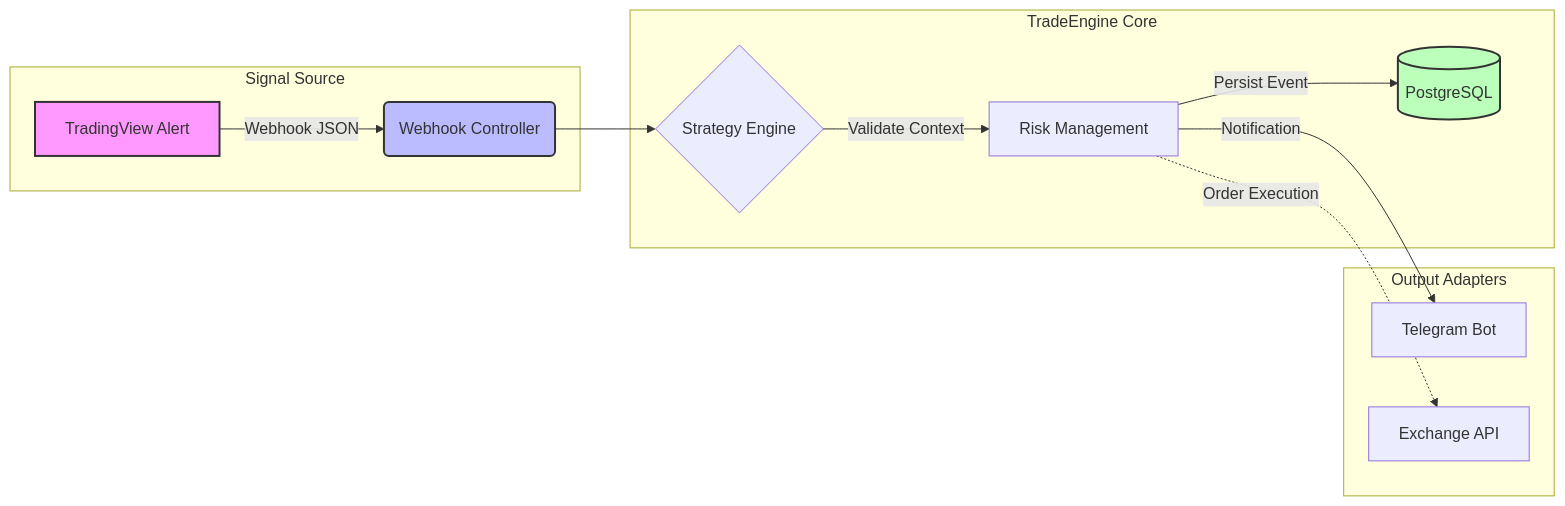
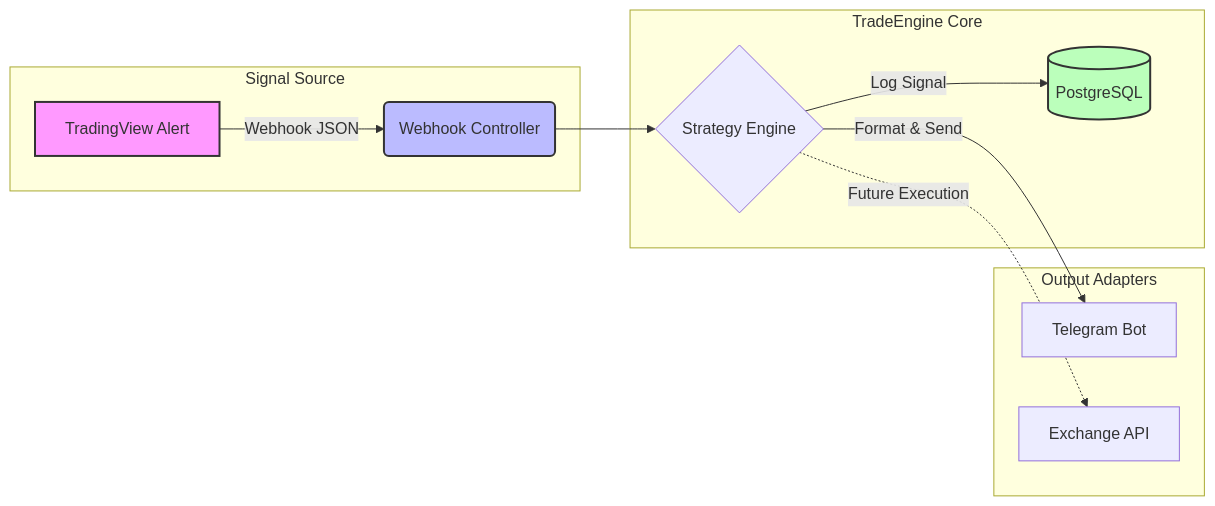
The diagram in README.md (Lemanic/TradeEngine), drawn with Mermaid before and after one commit.

Commit message:
update readme file

````diff
--- a/README.md
+++ b/README.md
@@ -18,21 +18,21 @@
 ```mermaid
 graph LR
     subgraph Signal Source
     A[TradingView Alert] -->|Webhook JSON| B(Webhook Controller)
     end
     
     subgraph TradeEngine Core
     B --> C{Strategy Engine}
-    C -->|Validate Context| D[Risk Management]
-    D -->|Persist Event| E[(PostgreSQL)]
+    C -->|Log Signal| E[(PostgreSQL)]
     end
     
     subgraph Output Adapters
-    D -->|Notification| F[Telegram Bot]
-    D -.->|Order Execution| G[Exchange API]
+    C -->|Format & Send| F[Telegram Bot]
+    C -.->|Future Execution| G[Exchange API]
     end
     
     style A fill:#f9f,stroke:#333,stroke-width:2px
     style B fill:#bbf,stroke:#333,stroke-width:2px
     style E fill:#bfb,stroke:#333,stroke-width:2px
+
 ```
````
